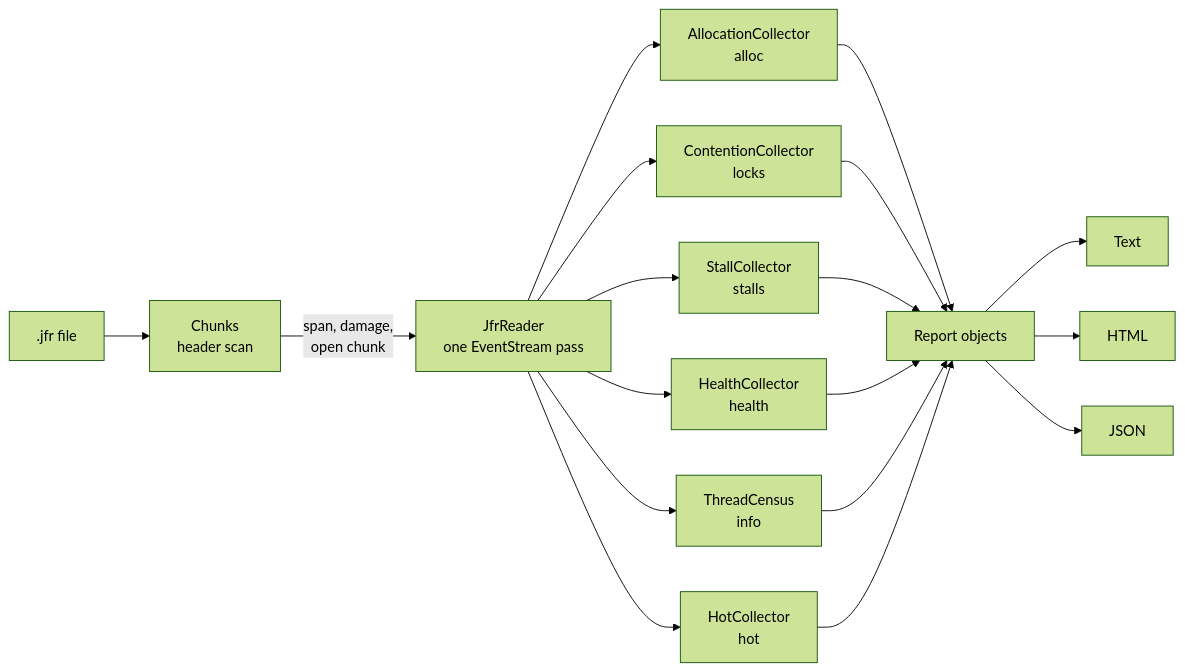
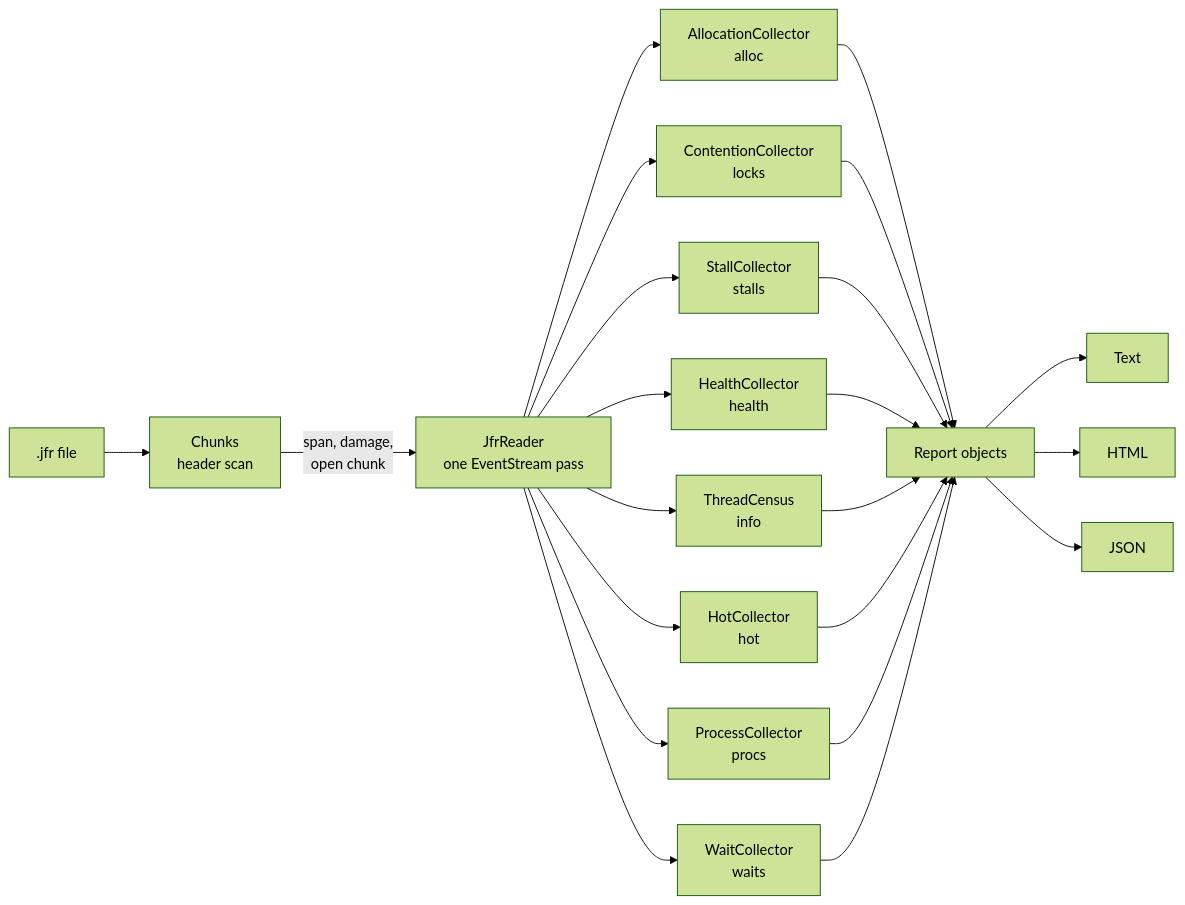
Before and after one commit to marregui/jfrq: the first of 2 diagrams in docs/design/README.md, drawn with Mermaid (forest theme). The commit also changed other lines of this file and 75 other files, not shown here.

First line of the commit message:
jfrq 0.2.0: procs, waits, stalls meanwhile, alloc virtual share, jfrq-live watch, histo and growth (J3–J8) (#23)

````diff
--- a/docs/design/README.md
+++ b/docs/design/README.md
@@ -26,20 +26,24 @@
 ```mermaid
 flowchart LR
     F[".jfr file"] --> C["Chunks<br/>header scan"]
     C -->|"span, damage,<br/>open chunk"| R["JfrReader<br/>one EventStream pass"]
     R --> A["AllocationCollector<br/>alloc"]
     R --> L["ContentionCollector<br/>locks"]
     R --> S["StallCollector<br/>stalls"]
     R --> H["HealthCollector<br/>health"]
     R --> T["ThreadCensus<br/>info"]
     R --> P["HotCollector<br/>hot"]
+    R --> PS["ProcessCollector<br/>procs"]
+    R --> W["WaitCollector<br/>waits"]
     A --> M["Report objects"]
     L --> M
     S --> M
     H --> M
     T --> M
     P --> M
+    PS --> M
+    W --> M
     M --> TX["Text"]
     M --> HT["HTML"]
     M --> J["JSON"]
 ```
````
